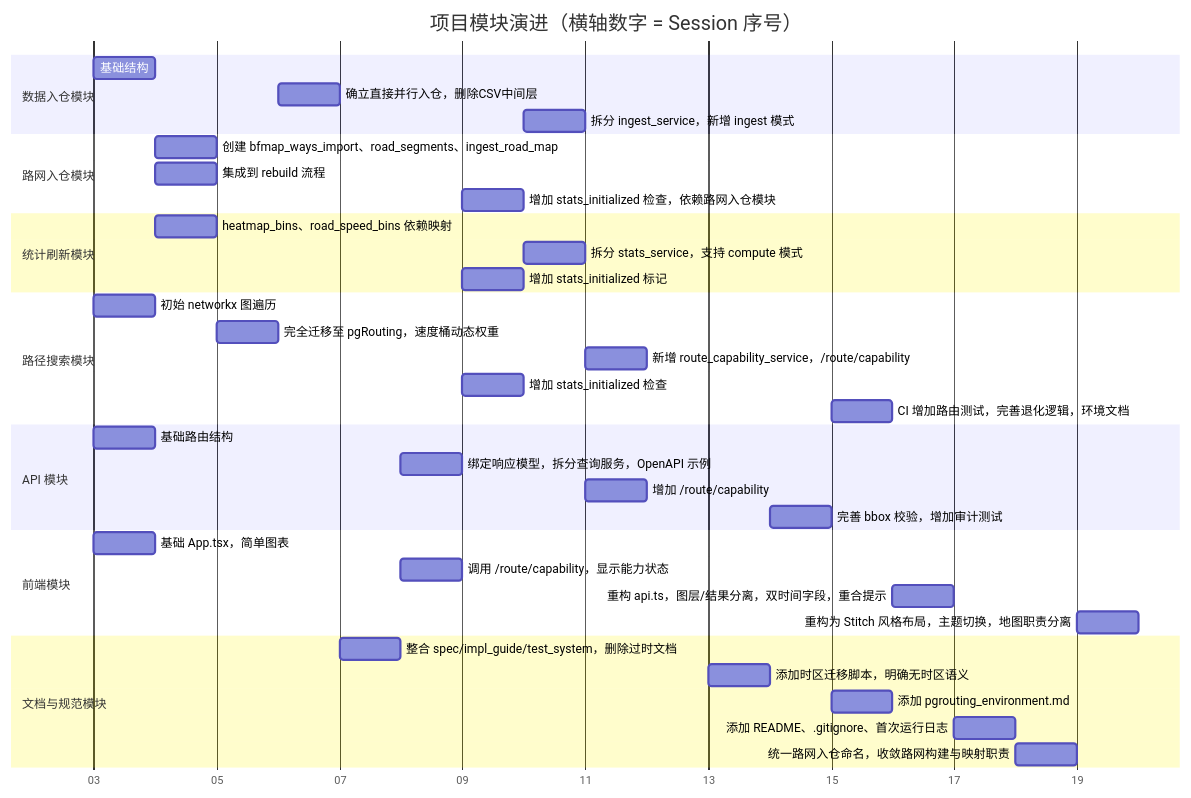
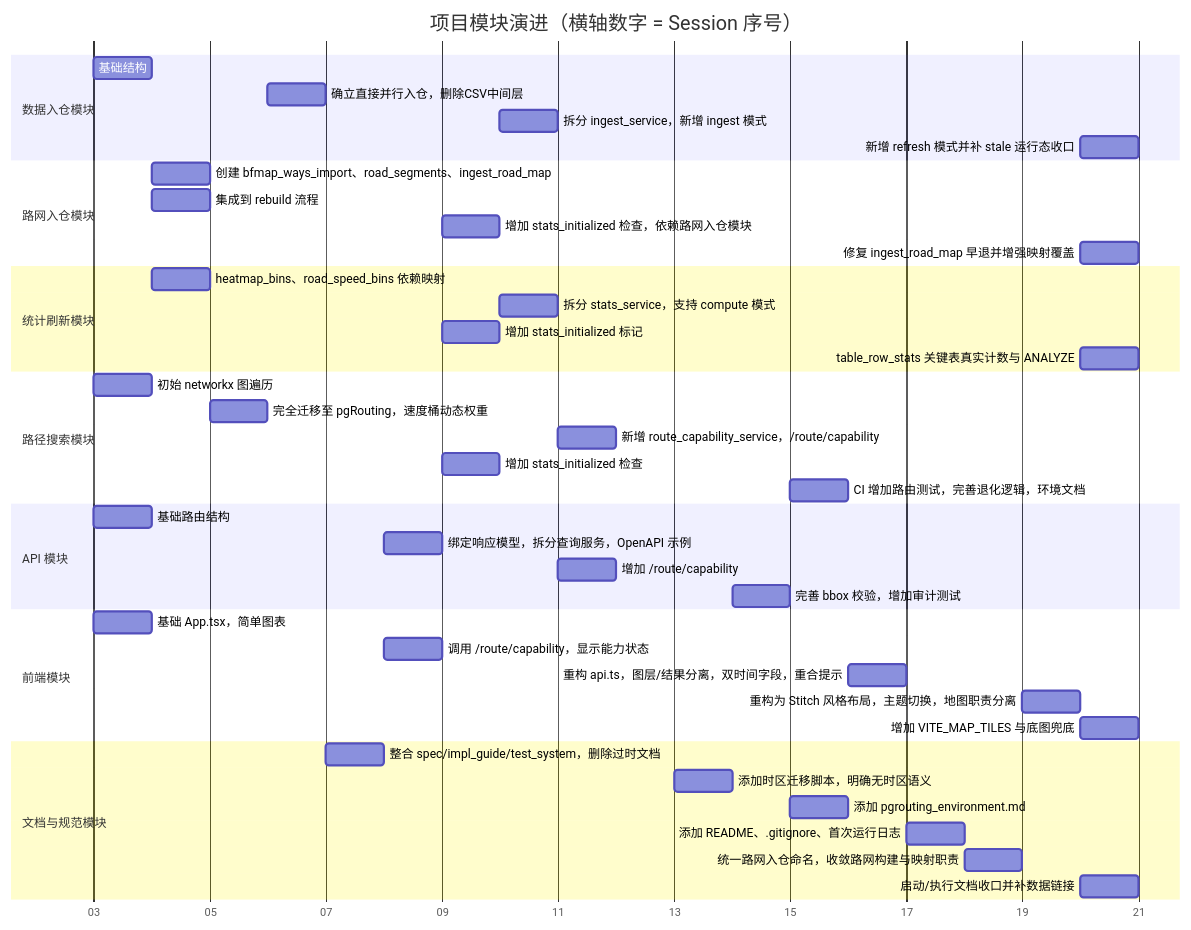
One commit to JPF-China/data_platform changed the diagram in session_records/session_line.md. Above: the diagram before and after it, drawn with Mermaid. The commit also changed other lines of this file and 1 other file, not shown here.

````diff
--- a/session_records/session_line.md
+++ b/session_records/session_line.md
@@ -357,47 +357,52 @@
 ```mermaid
 gantt
     title 项目模块演进（横轴数字 = Session 序号）
     dateFormat  YYYY-MM-DD
     axisFormat  %d 
     
     section 数据入仓模块
     基础结构 : 3, 2024-01-03, 1d
     确立直接并行入仓，删除CSV中间层 : 6, 2024-01-06, 1d
     拆分 ingest_service，新增 ingest 模式 : 10, 2024-01-10, 1d
+    新增 refresh 模式并补 stale 运行态收口 : 20, 2024-01-20, 1d
 
     section 路网入仓模块
     创建 bfmap_ways_import、road_segments、ingest_road_map : 4, 2024-01-04, 1d
     集成到 rebuild 流程 : 4, 2024-01-04, 1d
     增加 stats_initialized 检查，依赖路网入仓模块 : 9, 2024-01-09, 1d
+    修复 ingest_road_map 早退并增强映射覆盖 : 20, 2024-01-20, 1d
 
     section 统计刷新模块
     heatmap_bins、road_speed_bins 依赖映射 : 4, 2024-01-04, 1d
     拆分 stats_service，支持 compute 模式 : 10, 2024-01-10, 1d
     增加 stats_initialized 标记 : 9, 2024-01-09, 1d
+    table_row_stats 关键表真实计数与 ANALYZE : 20, 2024-01-20, 1d
 
     section 路径搜索模块
     初始 networkx 图遍历 : 3, 2024-01-03, 1d
     完全迁移至 pgRouting，速度桶动态权重 : 5, 2024-01-05, 1d
     新增 route_capability_service，/route/capability : 11, 2024-01-11, 1d
     增加 stats_initialized 检查 : 9, 2024-01-09, 1d
     CI 增加路由测试，完善退化逻辑，环境文档 : 15, 2024-01-15, 1d
 
     section API 模块
     基础路由结构 : 3, 2024-01-03, 1d
     绑定响应模型，拆分查询服务，OpenAPI 示例 : 8, 2024-01-08, 1d
     增加 /route/capability : 11, 2024-01-11, 1d
     完善 bbox 校验，增加审计测试 : 14, 2024-01-14, 1d
 
     section 前端模块
     基础 App.tsx，简单图表 : 3, 2024-01-03, 1d
     调用 /route/capability，显示能力状态 : 8, 2024-01-08, 1d
     重构 api.ts，图层/结果分离，双时间字段，重合提示 : 16, 2024-01-16, 1d
     重构为 Stitch 风格布局，主题切换，地图职责分离 : 19, 2024-01-19, 1d
+    增加 VITE_MAP_TILES 与底图兜底 : 20, 2024-01-20, 1d
     
     section 文档与规范模块
     整合 spec/impl_guide/test_system，删除过时文档 : 7, 2024-01-07, 1d
     添加时区迁移脚本，明确无时区语义 : 13, 2024-01-13, 1d
     添加 pgrouting_environment.md : 15, 2024-01-15, 1d
     添加 README、.gitignore、首次运行日志 : 17, 2024-01-17, 1d
     统一路网入仓命名，收敛路网构建与映射职责 : 18, 2024-01-18, 1d
+    启动/执行文档收口并补数据链接 : 20, 2024-01-20, 1d
 ```
````
